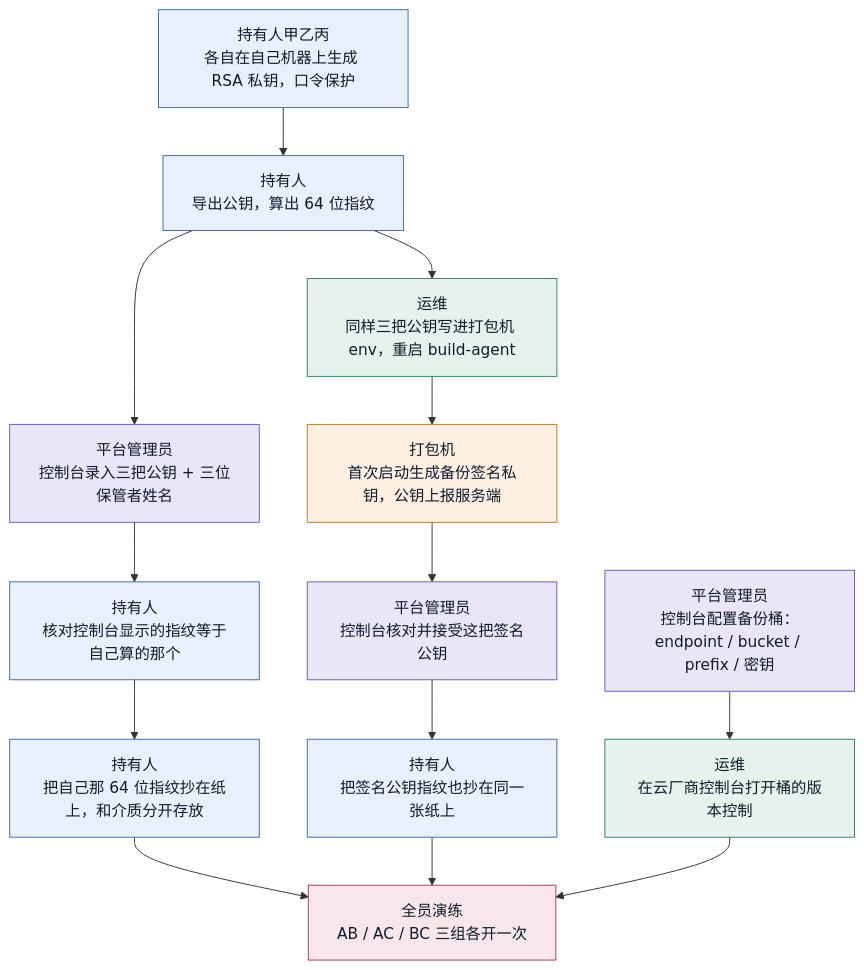
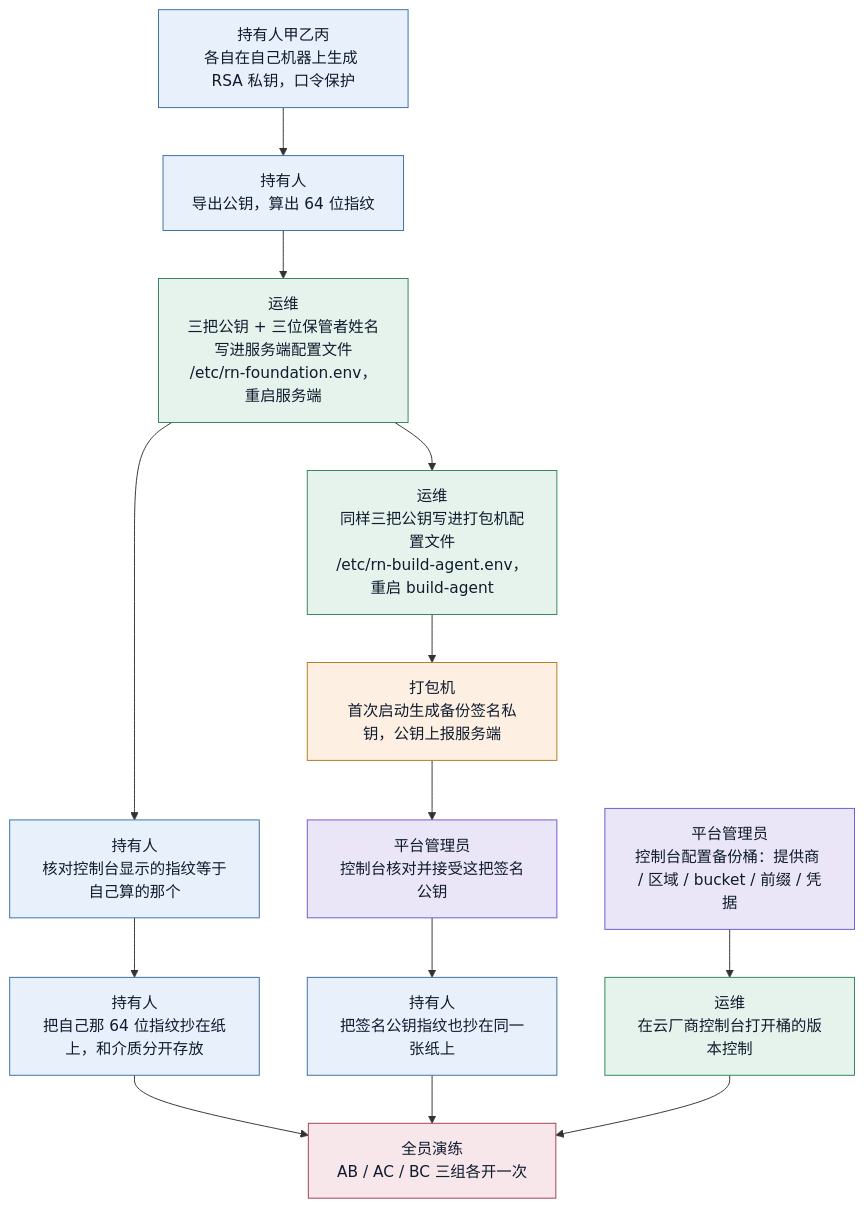
Before and after one commit to Helix2010/RN-Server: the first of 3 diagrams in docs/BACKUP_RECOVERY_RUNBOOK.md, drawn with Mermaid. The commit also changed other lines of this file and 17 other files, not shown here.

````diff
--- a/docs/BACKUP_RECOVERY_RUNBOOK.md
+++ b/docs/BACKUP_RECOVERY_RUNBOOK.md
@@ -27,28 +27,28 @@
 ```mermaid
 flowchart TD
   A1["持有人甲乙丙<br/>各自在自己机器上生成 RSA 私钥，口令保护"]:::holder
   A2["持有人<br/>导出公钥，算出 64 位指纹"]:::holder
-  A3["平台管理员<br/>控制台录入三把公钥 + 三位保管者姓名"]:::admin
+  A3["运维<br/>三把公钥 + 三位保管者姓名写进服务端配置文件<br/>/etc/rn-foundation.env，重启服务端"]:::ops
   A4["持有人<br/>核对控制台显示的指纹等于自己算的那个"]:::holder
   A5["持有人<br/>把自己那 64 位指纹抄在纸上，和介质分开存放"]:::holder
-  A6["运维<br/>同样三把公钥写进打包机 env，重启 build-agent"]:::ops
+  A6["运维<br/>同样三把公钥写进打包机配置文件<br/>/etc/rn-build-agent.env，重启 build-agent"]:::ops
   A7["打包机<br/>首次启动生成备份签名私钥，公钥上报服务端"]:::agent
   A8["平台管理员<br/>控制台核对并接受这把签名公钥"]:::admin
   A9["持有人<br/>把签名公钥指纹也抄在同一张纸上"]:::holder
-  A10["平台管理员<br/>控制台配置备份桶：endpoint / bucket / prefix / 密钥"]:::admin
+  A10["平台管理员<br/>控制台配置备份桶：提供商 / 区域 / bucket / 前缀 / 凭据"]:::admin
   A11["运维<br/>在云厂商控制台打开桶的版本控制"]:::ops
   A12["全员演练<br/>AB / AC / BC 三组各开一次"]:::all
 
   A1 --> A2 --> A3 --> A4 --> A5
-  A2 --> A6 --> A7 --> A8 --> A9
+  A3 --> A6 --> A7 --> A8 --> A9
   A10 --> A11
   A5 --> A12
   A9 --> A12
   A11 --> A12
 
   classDef holder fill:#e8f0fb,stroke:#3a6ea5,color:#0f1c2e
   classDef admin  fill:#eae6f7,stroke:#6a5acd,color:#0f1c2e
   classDef ops    fill:#e6f3ec,stroke:#2f855a,color:#0f1c2e
   classDef agent  fill:#fdf0e3,stroke:#b7791f,color:#0f1c2e
   classDef all    fill:#f7e6ea,stroke:#a53a5a,color:#0f1c2e
 ```
````
